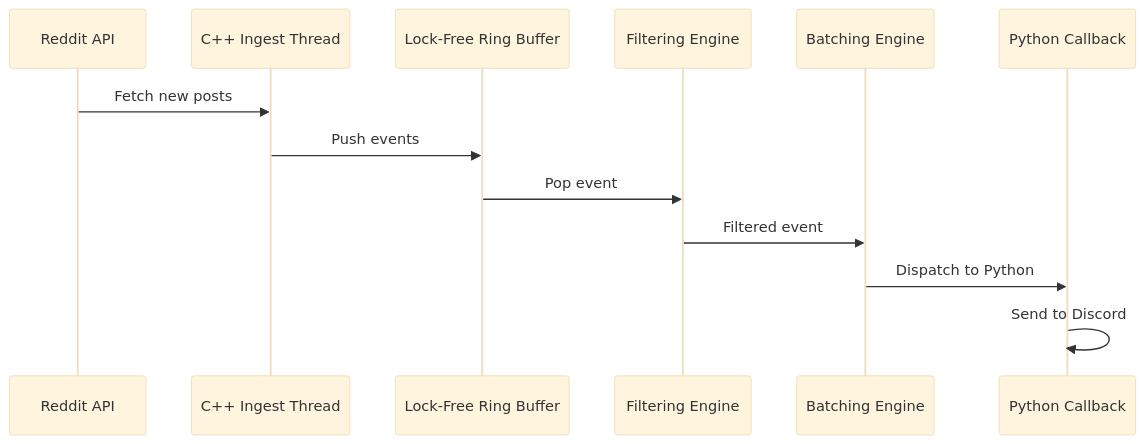
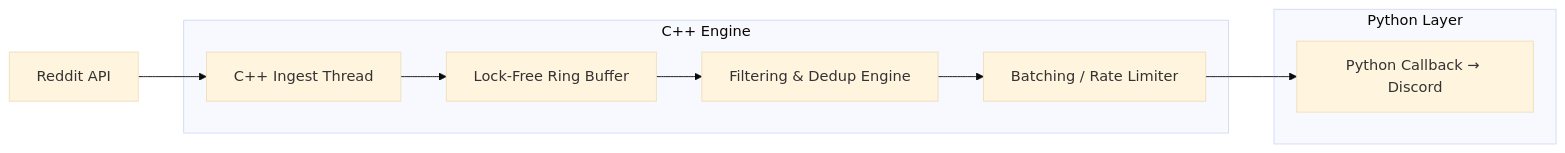
Before and after one commit to AlexAlestra100/nanoStream: the diagram in README.md, drawn with Mermaid (base theme).

Commit message:
Update architecture diagram from sequence to flowchart

````diff
--- a/README.md
+++ b/README.md
@@ -43,16 +43,19 @@
 ```mermaid
-sequenceDiagram
-    participant R as Reddit API
-    participant I as C++ Ingest Thread
-    participant Q as Lock-Free Ring Buffer
-    participant F as Filtering Engine
-    participant B as Batching Engine
-    participant P as Python Callback
+flowchart LR
+    subgraph C++ Engine
+        B[C++ Ingest Thread]
+        C[Lock-Free Ring Buffer]
+        D[Filtering & Dedup Engine]
+        E[Batching / Rate Limiter]
+    end
 
-    R ->> I: Fetch new posts
-    I ->> Q: Push events
-    Q ->> F: Pop event
-    F ->> B: Filtered event
-    B ->> P: Dispatch to Python
-    P ->> P: Send to Discord
+    subgraph Python Layer
+        F[Python Callback → Discord]
+    end
+
+    A[Reddit API] --> B
+    B --> C
+    C --> D
+    D --> E
+    E --> F
 ```
````
